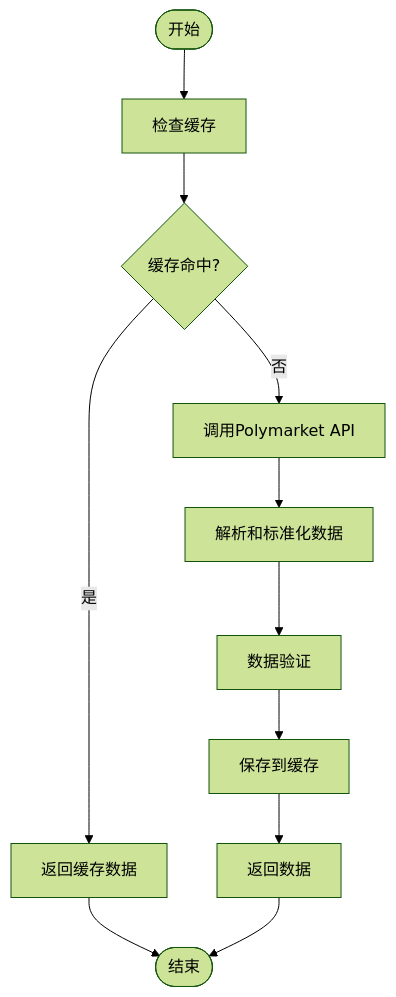
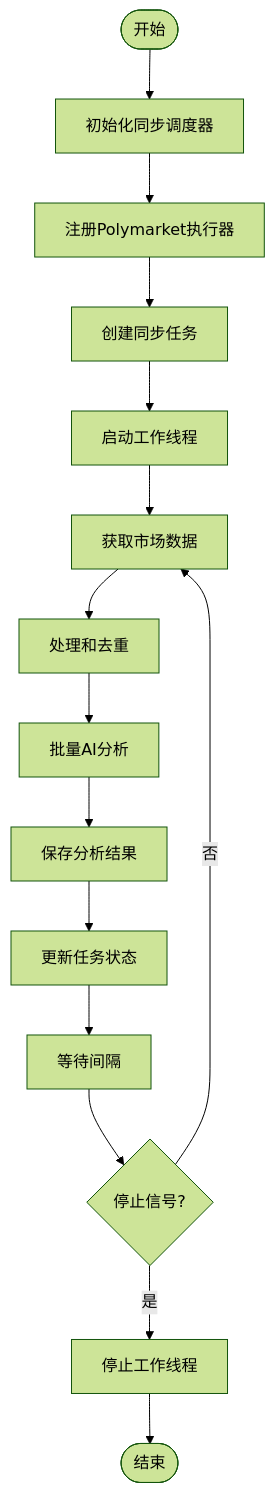
One commit to joezxh/QuantDinger changed the third of 12 diagrams in .qoder/repowiki/zh/content/数据管理系统/数据源适配器/Polymarket预测市场数据集成.md. Above: the diagram before and after it, drawn with Mermaid (forest theme). The commit also changed other lines of this file and 71 other files, not shown here.

````diff
--- a/.qoder/repowiki/zh/content/数据管理系统/数据源适配器/Polymarket预测市场数据集成.md
+++ b/.qoder/repowiki/zh/content/数据管理系统/数据源适配器/Polymarket预测市场数据集成.md
@@ -156,13 +191,17 @@
 ```mermaid
 flowchart TD
-Start([开始]) --> CacheCheck[检查缓存]
-CacheCheck --> CacheHit{缓存命中?}
-CacheHit --> |是| ReturnCache[返回缓存数据]
-CacheHit --> |否| CallAPI[调用Polymarket API]
-CallAPI --> ParseData[解析和标准化数据]
-ParseData --> ValidateData[数据验证]
-ValidateData --> SaveCache[保存到缓存]
-SaveCache --> ReturnData[返回数据]
-ReturnCache --> End([结束])
-ReturnData --> End
+Start([开始]) --> SchedulerInit[初始化同步调度器]
+SchedulerInit --> RegisterExecutor[注册Polymarket执行器]
+RegisterExecutor --> CreateJob[创建同步任务]
+CreateJob --> StartWorker[启动工作线程]
+StartWorker --> FetchMarkets[获取市场数据]
+FetchMarkets --> ProcessData[处理和去重]
+ProcessData --> AnalyzeMarkets[批量AI分析]
+AnalyzeMarkets --> SaveResults[保存分析结果]
+SaveResults --> UpdateJob[更新任务状态]
+UpdateJob --> WaitInterval[等待间隔]
+WaitInterval --> CheckStop{停止信号?}
+CheckStop --> |否| FetchMarkets
+CheckStop --> |是| StopWorker[停止工作线程]
+StopWorker --> End([结束])
 ```
````
